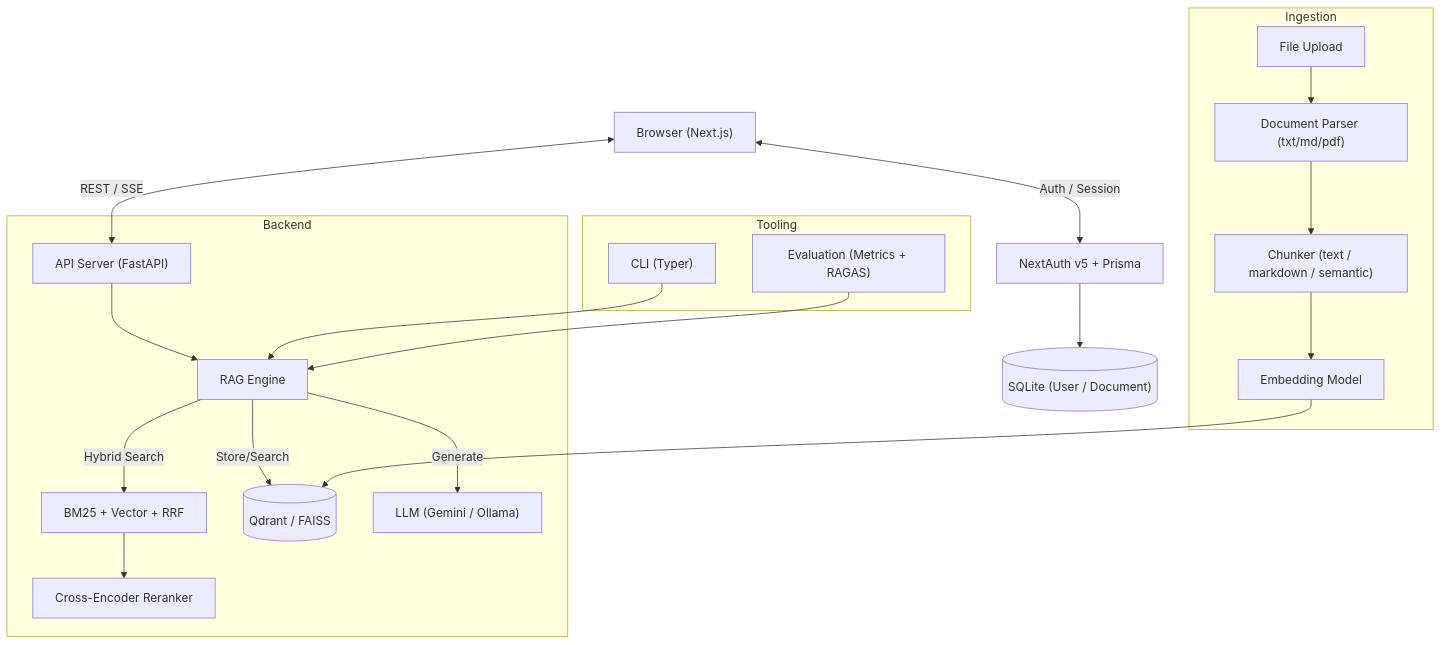
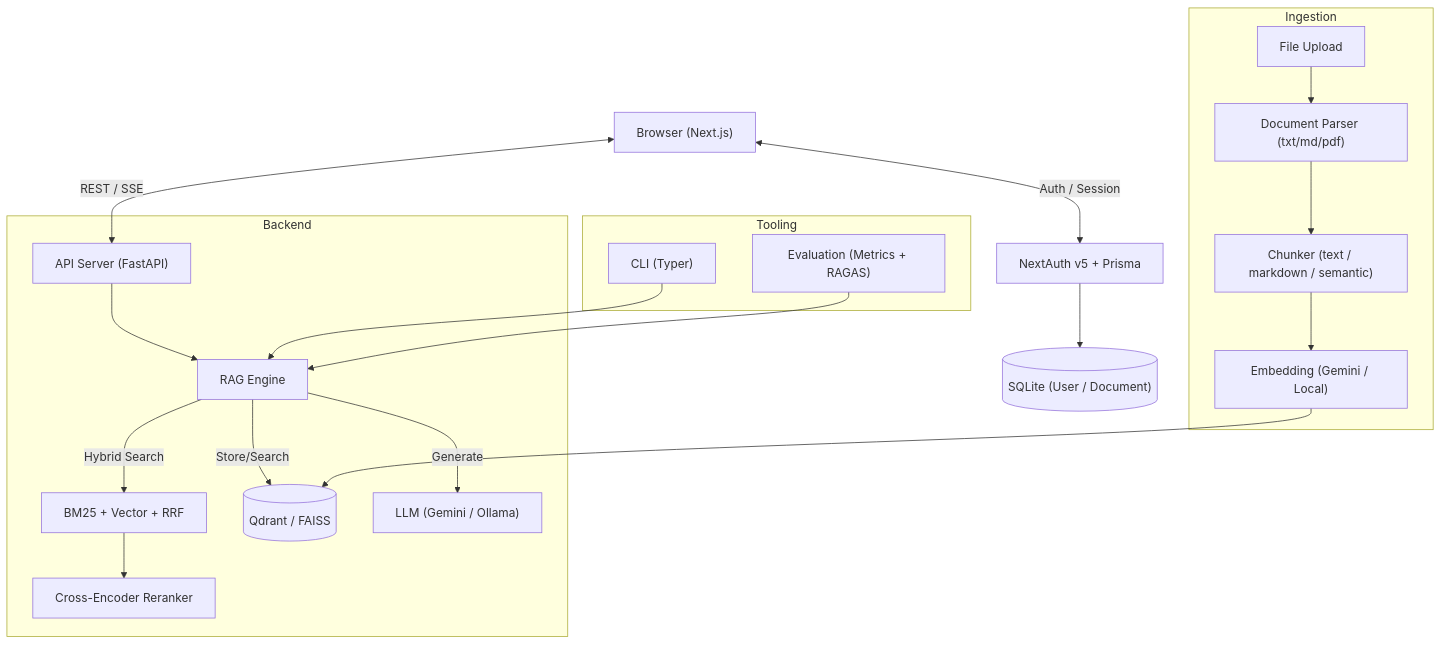
Before and after one commit to okdoittttt/rag: the diagram in README.md, drawn with Mermaid. The commit also changed other lines of this file, not shown here.

Commit message:
docs: 기본 임베딩 모델을 Gemini Embedding 2로 README 반영

````diff
--- a/README.md
+++ b/README.md
@@ -44,26 +45,26 @@
 ```mermaid
 graph TD
     Client["Browser (Next.js)"] <-->|REST / SSE| API["API Server (FastAPI)"]
     Client <-->|Auth / Session| Auth["NextAuth v5 + Prisma"]
     Auth --> DB[("SQLite (User / Document)")]
 
     subgraph Backend
         API --> Engine["RAG Engine"]
         Engine -->|Hybrid Search| Retriever["BM25 + Vector + RRF"]
         Retriever --> Reranker["Cross-Encoder Reranker"]
         Engine -->|Store/Search| VectorDB[("Qdrant / FAISS")]
         Engine -->|Generate| LLM["LLM (Gemini / Ollama)"]
     end
 
     subgraph Ingestion
         Upload["File Upload"] --> Parser["Document Parser (txt/md/pdf)"]
         Parser --> Chunker["Chunker (text / markdown / semantic)"]
-        Chunker --> Embedder["Embedding Model"]
+        Chunker --> Embedder["Embedding (Gemini / Local)"]
         Embedder --> VectorDB
     end
 
     subgraph Tooling
         CLI["CLI (Typer)"] --> Engine
         Evals["Evaluation (Metrics + RAGAS)"] --> Engine
     end
 ```
````
